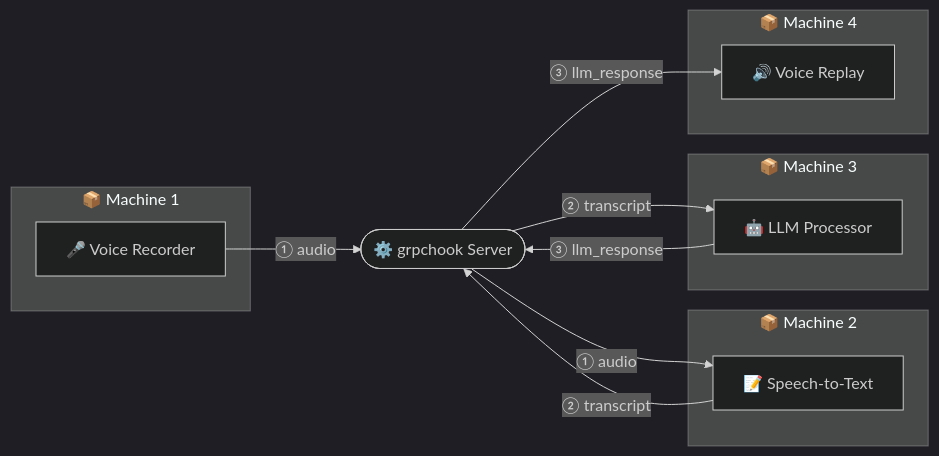
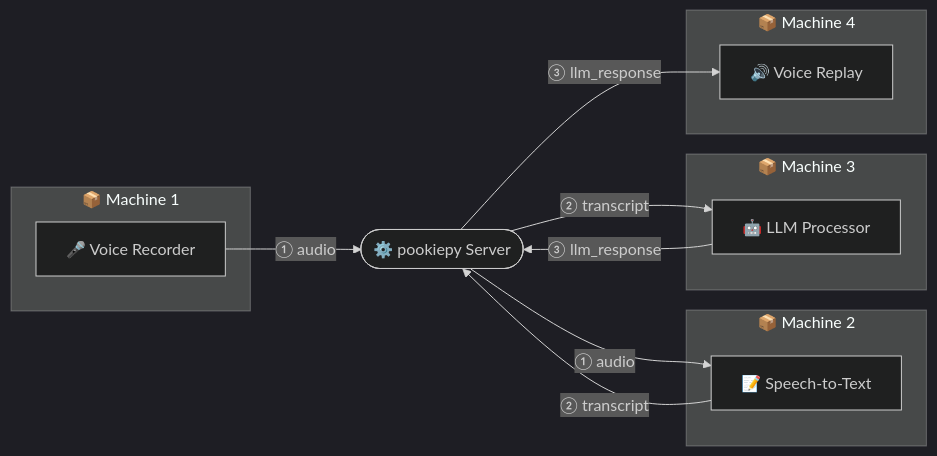
Before and after one commit to fwkrumm/pookiepy: the diagram in readme.md, drawn with Mermaid (dark theme). The commit also changed other lines of this file and 75 other files, not shown here.

````diff
--- a/readme.md
+++ b/readme.md
@@ -67,24 +63,24 @@
   ```mermaid
   flowchart LR
       subgraph M1["📦 Machine 1"]
           VR["🎤 Voice Recorder"]
       end
       subgraph M2["📦 Machine 2"]
           STT["📝 Speech-to-Text"]
       end
       subgraph M3["📦 Machine 3"]
           LLM["🤖 LLM Processor"]
       end
       subgraph M4["📦 Machine 4"]
           RP["🔊 Voice Replay"]
       end
 
-      SRV(["⚙️ grpchook Server"])
+      SRV(["⚙️ pookiepy Server"])
 
       VR  -->|"① audio"| SRV
       SRV -->|"① audio"| STT
       STT -->|"② transcript"| SRV
       SRV -->|"② transcript"| LLM
       LLM -->|"③ llm_response"| SRV
       SRV -->|"③ llm_response"| RP
   ```
````
